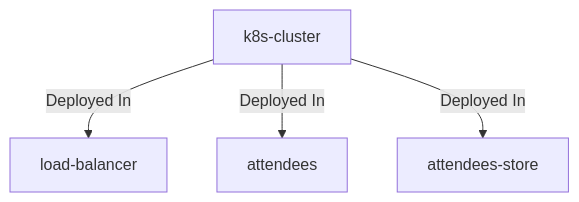
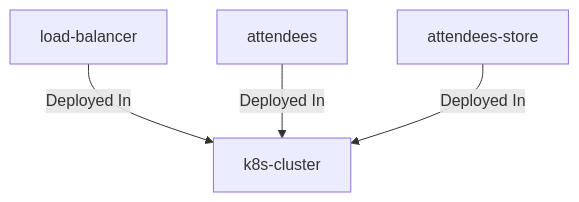
The diagram in cli/test_fixtures/getting-started/STEP-2/website/docs/relationships/deployed-in-k8s-cluster.md (finos/architecture-as-code), drawn with Mermaid before and after one commit. The commit also changed other lines of this file and 128 other files, not shown here.

````diff
--- a/cli/test_fixtures/getting-started/STEP-2/website/docs/relationships/deployed-in-k8s-cluster.md
+++ b/cli/test_fixtures/getting-started/STEP-2/website/docs/relationships/deployed-in-k8s-cluster.md
@@ -15,7 +28,7 @@
 ```mermaid
 graph TD;
-k8s-cluster -- Deployed In --> load-balancer;
-k8s-cluster -- Deployed In --> attendees;
-k8s-cluster -- Deployed In --> attendees-store;
-
+load-balancer -- Deployed In --> k8s-cluster;
+attendees -- Deployed In --> k8s-cluster;
+attendees-store -- Deployed In --> k8s-cluster;
+classDef highlight fill:#f2bbae;
 ```
````
